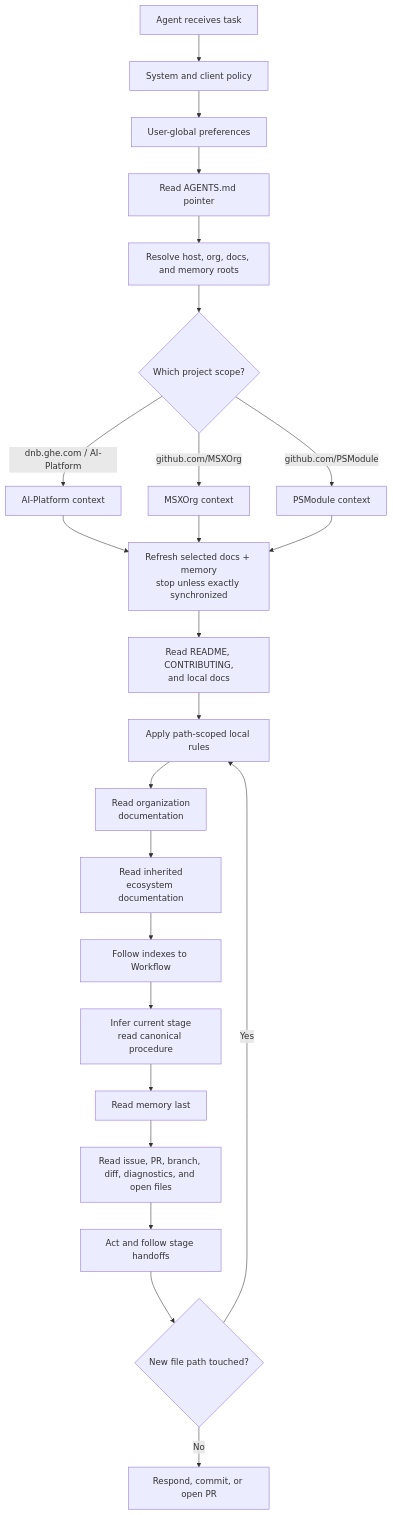
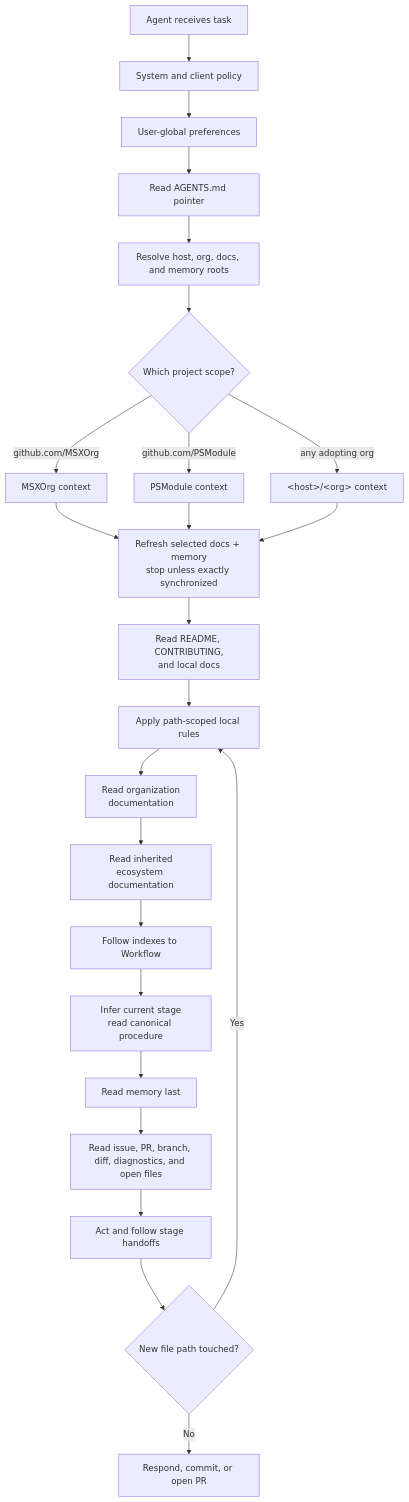
One commit to MSXOrg/docs changed the diagram in src/docs/Capabilities/agentic-development/design.md. Above: the diagram before and after it, drawn with Mermaid. The commit also changed other lines of this file and 1 other file, not shown here.

Commit message:
Generalize the agentic development organization examples
Describe the project boundary as any adopting GitHub organization, keeping
MSXOrg and PSModule as the concrete examples and a placeholder row for the
general case.

````diff
--- a/src/docs/Capabilities/agentic-development/design.md
+++ b/src/docs/Capabilities/agentic-development/design.md
@@ -130,30 +132,30 @@
 ```mermaid
 flowchart TD
   start["Agent receives task"] --> policy["System and client policy"]
   policy --> user["User-global preferences"]
   user --> pointer["Read AGENTS.md pointer"]
   pointer --> locate["Resolve host, org, docs, and memory roots"]
 
   locate --> host{"Which project scope?"}
-  host -->|"dnb.ghe.com / AI-Platform"| aip["AI-Platform context"]
   host -->|"github.com/MSXOrg"| msx["MSXOrg context"]
   host -->|"github.com/PSModule"| psmodule["PSModule context"]
+  host -->|"any adopting org"| other["&lt;host&gt;/&lt;org&gt; context"]
 
-  aip --> refresh["Refresh selected docs + memory<br/>stop unless exactly synchronized"]
-  msx --> refresh
+  msx --> refresh["Refresh selected docs + memory<br/>stop unless exactly synchronized"]
   psmodule --> refresh
+  other --> refresh
   refresh --> repo["Read README, CONTRIBUTING,<br/>and local docs"]
   repo --> path["Apply path-scoped local rules"]
   path --> orgdocs["Read organization<br/>documentation"]
   orgdocs --> docs["Read inherited<br/>ecosystem documentation"]
   docs --> workflow["Follow indexes to Workflow"]
 
   workflow --> stage["Infer current stage<br/>read canonical procedure"]
   stage --> memory["Read memory last"]
   memory --> task["Read issue, PR, branch, diff, diagnostics, and open files"]
   task --> act["Act and follow stage handoffs"]
 
   act --> newpath{"New file path touched?"}
   newpath -->|"Yes"| path
   newpath -->|"No"| done["Respond, commit, or open PR"]
 ```
````
